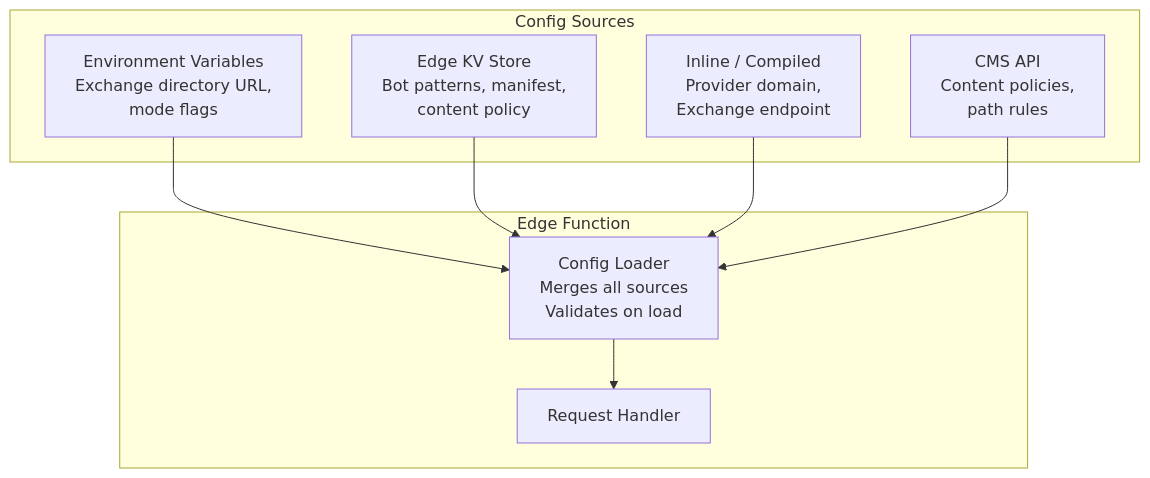
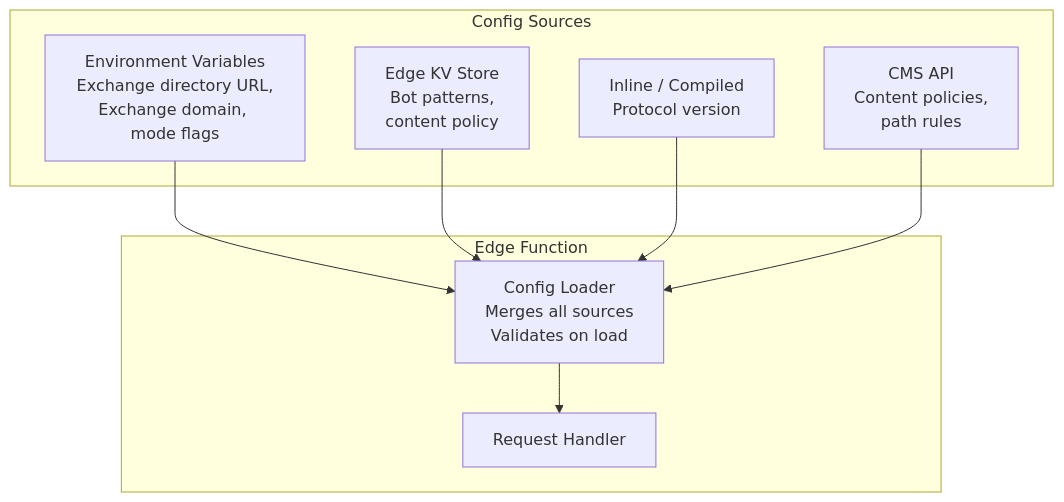
Before and after one commit to FORA-Protocol/protocol: the second of 2 diagrams in website/src/content/docs/components/edge-function/deployment.mdx, drawn with Mermaid. The commit also changed other lines of this file and 3 other files, not shown here.

First line of the commit message:
Say the edge passes a provider's fora.json and rsl.txt through to its origin

````diff
--- a/website/src/content/docs/components/edge-function/deployment.mdx
+++ b/website/src/content/docs/components/edge-function/deployment.mdx
@@ -126,20 +126,20 @@
 ```mermaid
 graph TD
     subgraph "Config Sources"
-        ENV[Environment Variables<br/>Exchange directory URL,<br/>mode flags]
-        KV[Edge KV Store<br/>Bot patterns, manifest,<br/>content policy]
-        INLINE[Inline / Compiled<br/>Provider domain,<br/>Exchange endpoint]
+        ENV[Environment Variables<br/>Exchange directory URL,<br/>Exchange domain, mode flags]
+        KV[Edge KV Store<br/>Bot patterns,<br/>content policy]
+        INLINE[Inline / Compiled<br/>Protocol version]
         CMS[CMS API<br/>Content policies,<br/>path rules]
     end
 
     subgraph "Edge Function"
         CONFIG_LOADER[Config Loader<br/>Merges all sources<br/>Validates on load]
         HANDLER[Request Handler]
     end
 
     ENV --> CONFIG_LOADER
     KV --> CONFIG_LOADER
     INLINE --> CONFIG_LOADER
     CMS --> CONFIG_LOADER
     CONFIG_LOADER --> HANDLER
 ```
````
